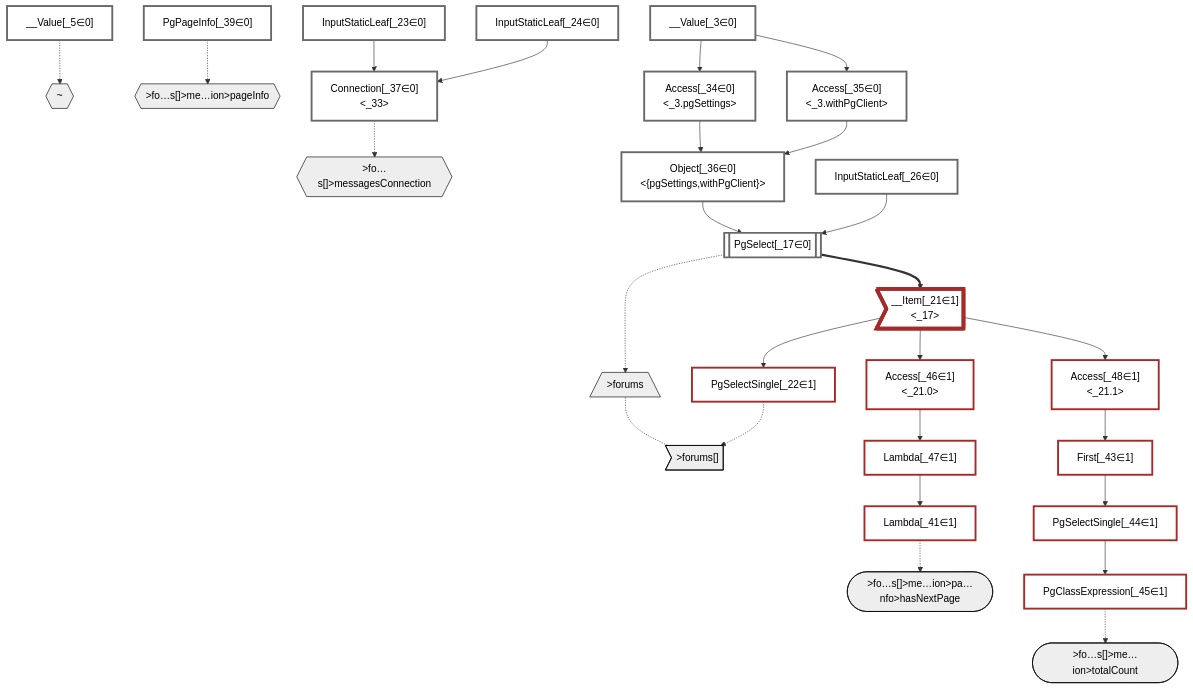
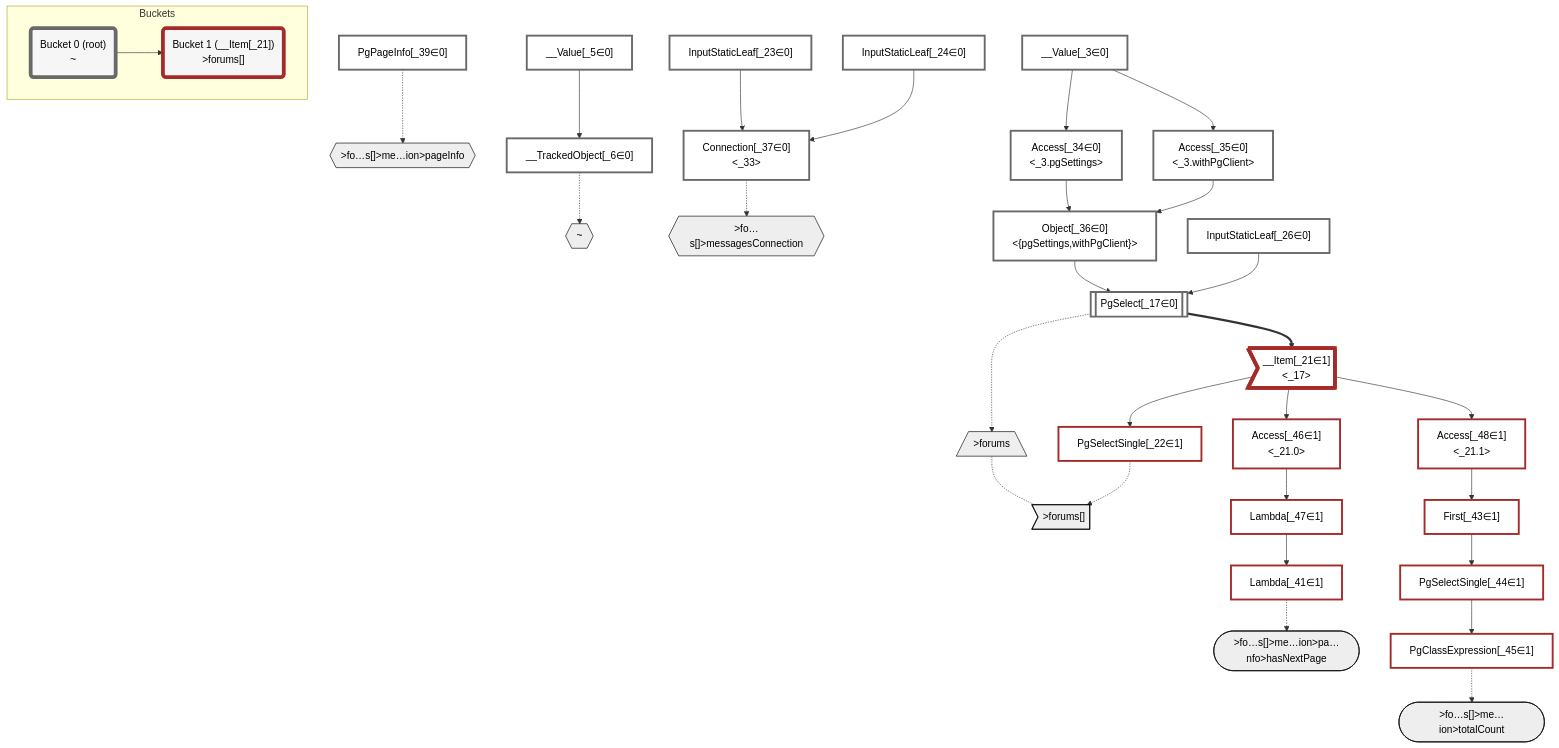
One commit to graphile/crystal changed the diagram in packages/dataplan-pg/__tests__/queries/conditions/condition-featured-messages-minimal.mermaid.md. Above: the diagram before and after it, drawn with Mermaid. The commit also changed 195 other files, not shown here.

````diff
--- a/packages/dataplan-pg/__tests__/queries/conditions/condition-featured-messages-minimal.mermaid.md
+++ b/packages/dataplan-pg/__tests__/queries/conditions/condition-featured-messages-minimal.mermaid.md
@@ -4,6 +4,7 @@
     classDef plan fill:#fff,stroke-width:3px,color:#000
     classDef itemplan fill:#fff,stroke-width:6px,color:#000
     classDef sideeffectplan fill:#f00,stroke-width:6px,color:#000
+    classDef bucket fill:#f6f6f6,color:#000,stroke-width:6px
 
     %% subgraph fields
     P1{{"~"}}:::path
@@ -24,6 +25,7 @@
     %% define plans
     __Value_3["__Value[_3∈0]<br /><context>"]:::plan
     __Value_5["__Value[_5∈0]<br /><rootValue>"]:::plan
+    __TrackedObject_6["__TrackedObject[_6∈0]"]:::plan
     PgSelect_17[["PgSelect[_17∈0]<br /><forums>"]]:::plan
     __Item_21>"__Item[_21∈1]<br /><_17>"]:::itemplan
     PgSelectSingle_22["PgSelectSingle[_22∈1]<br /><forums>"]:::plan
@@ -44,6 +46,7 @@
     Access_48["Access[_48∈1]<br /><_21.1>"]:::plan
 
     %% plan dependencies
+    __Value_5 --> __TrackedObject_6
     Object_36 --> PgSelect_17
     InputStaticLeaf_26 --> PgSelect_17
     PgSelect_17 ==> __Item_21
@@ -63,7 +66,7 @@
     __Item_21 --> Access_48
 
     %% plan-to-path relationships
-    __Value_5 -.-> P1
+    __TrackedObject_6 -.-> P1
     PgSelect_17 -.-> P2
     PgSelectSingle_22 -.-> P3
     Connection_37 -.-> P4
@@ -73,7 +76,15 @@
 
     %% allocate buckets
     classDef bucket0 stroke:#696969
-    class __Value_3,__Value_5,PgSelect_17,InputStaticLeaf_23,InputStaticLeaf_24,InputStaticLeaf_26,Access_34,Access_35,Object_36,Connection_37,PgPageInfo_39 bucket0
+    class __Value_3,__Value_5,__TrackedObject_6,PgSelect_17,InputStaticLeaf_23,InputStaticLeaf_24,InputStaticLeaf_26,Access_34,Access_35,Object_36,Connection_37,PgPageInfo_39 bucket0
     classDef bucket1 stroke:#a52a2a
     class __Item_21,PgSelectSingle_22,Lambda_41,First_43,PgSelectSingle_44,PgClassExpression_45,Access_46,Lambda_47,Access_48 bucket1
+
+    subgraph Buckets
+    Bucket0("Bucket 0 (root)<br />~"):::bucket
+    style Bucket0 stroke:#696969
+    Bucket1("Bucket 1 (__Item[_21])<br />>forums[]"):::bucket
+    style Bucket1 stroke:#a52a2a
+    Bucket0 --> Bucket1
+    end
 ```
````
